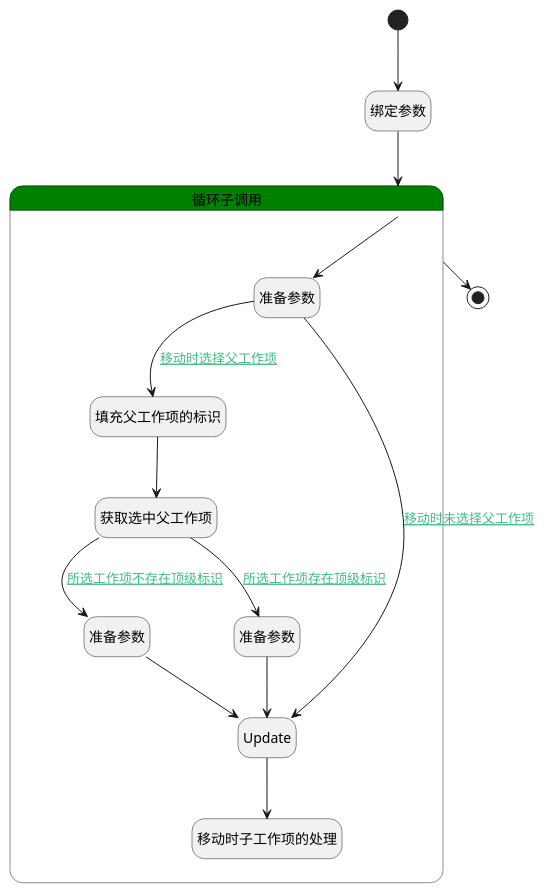
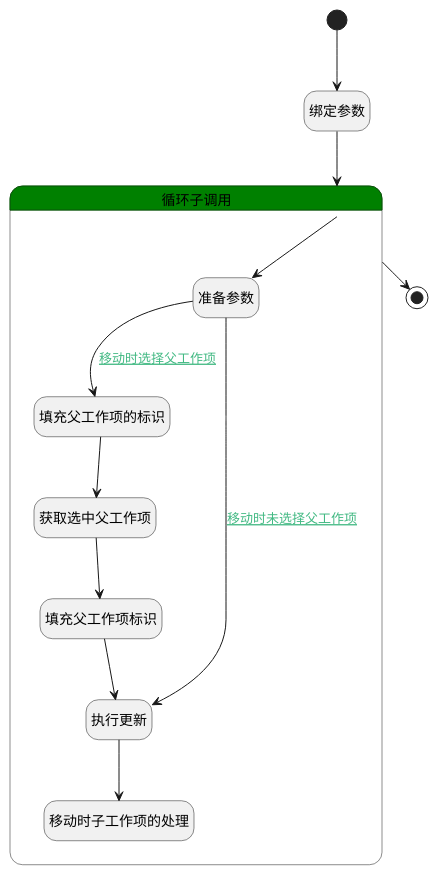
One commit to iBizLab/plm changed the diagram in doc/docsify/module/ProjMgmt/work_item/logic/move_work_item.md. Above: the diagram before and after it, drawn with PlantUML. The commit also changed other lines of this file and 1068 other files, not shown here.

````diff
--- a/doc/docsify/module/ProjMgmt/work_item/logic/move_work_item.md
+++ b/doc/docsify/module/ProjMgmt/work_item/logic/move_work_item.md
@@ -7,40 +7,37 @@
 ```plantuml
 @startuml
 hide empty description
 <style>
 root {
   HyperlinkColor #42b983
 }
 </style>
 
 hide empty description
 state "开始" as Begin <<start>> [[$./move_work_item#begin {"开始"}]]
 state "绑定参数" as BINDPARAM1  [[$./move_work_item#bindparam1 {"绑定参数"}]]
 state "结束" as END1 <<end>> [[$./move_work_item#end1 {"结束"}]]
 state "循环子调用" as LOOPSUBCALL1  [[$./move_work_item#loopsubcall1 {"循环子调用"}]] #green {
 state "准备参数" as PREPAREPARAM3  [[$./move_work_item#prepareparam3 {"准备参数"}]]
 state "填充父工作项的标识" as PREPAREPARAM5  [[$./move_work_item#prepareparam5 {"填充父工作项的标识"}]]
 state "获取选中父工作项" as DEACTION2  [[$./move_work_item#deaction2 {"获取选中父工作项"}]]
-state "准备参数" as PREPAREPARAM2  [[$./move_work_item#prepareparam2 {"准备参数"}]]
-state "准备参数" as PREPAREPARAM4  [[$./move_work_item#prepareparam4 {"准备参数"}]]
-state "Update" as DEACTION1  [[$./move_work_item#deaction1 {"Update"}]]
+state "填充父工作项标识" as PREPAREPARAM2  [[$./move_work_item#prepareparam2 {"填充父工作项标识"}]]
+state "执行更新" as DEACTION1  [[$./move_work_item#deaction1 {"执行更新"}]]
 state "移动时子工作项的处理" as DELOGIC1  [[$./move_work_item#delogic1 {"移动时子工作项的处理"}]]
 }
 
 
 Begin --> BINDPARAM1
 BINDPARAM1 --> LOOPSUBCALL1
 LOOPSUBCALL1 --> PREPAREPARAM3
 PREPAREPARAM3 --> DEACTION1 : [[$./move_work_item#prepareparam3-deaction1{移动时未选择父工作项} 移动时未选择父工作项]]
 DEACTION1 --> DELOGIC1
 PREPAREPARAM3 --> PREPAREPARAM5 : [[$./move_work_item#prepareparam3-prepareparam5{移动时选择父工作项} 移动时选择父工作项]]
 PREPAREPARAM5 --> DEACTION2
-DEACTION2 --> PREPAREPARAM2 : [[$./move_work_item#deaction2-prepareparam2{所选工作项不存在顶级标识} 所选工作项不存在顶级标识]]
+DEACTION2 --> PREPAREPARAM2
 PREPAREPARAM2 --> DEACTION1
-DEACTION2 --> PREPAREPARAM4 : [[$./move_work_item#deaction2-prepareparam4{所选工作项存在顶级标识} 所选工作项存在顶级标识]]
-PREPAREPARAM4 --> DEACTION1
 LOOPSUBCALL1 --> END1
 
 
 @enduml
 ```
````
